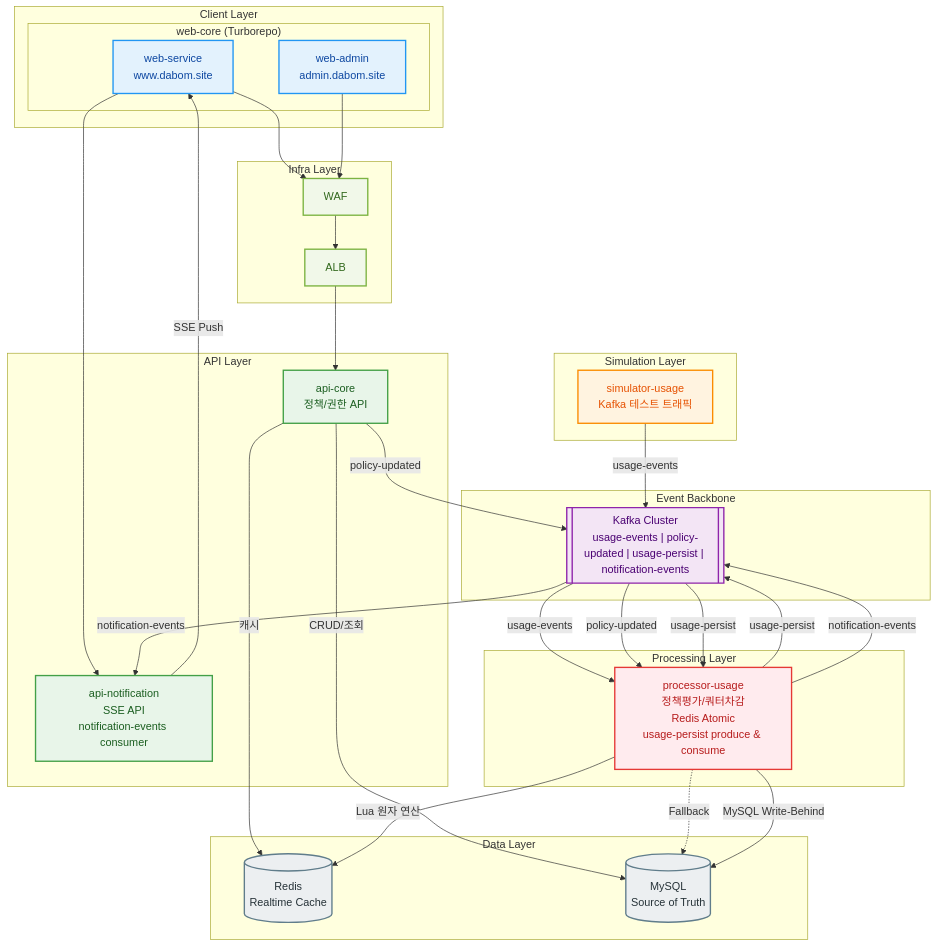
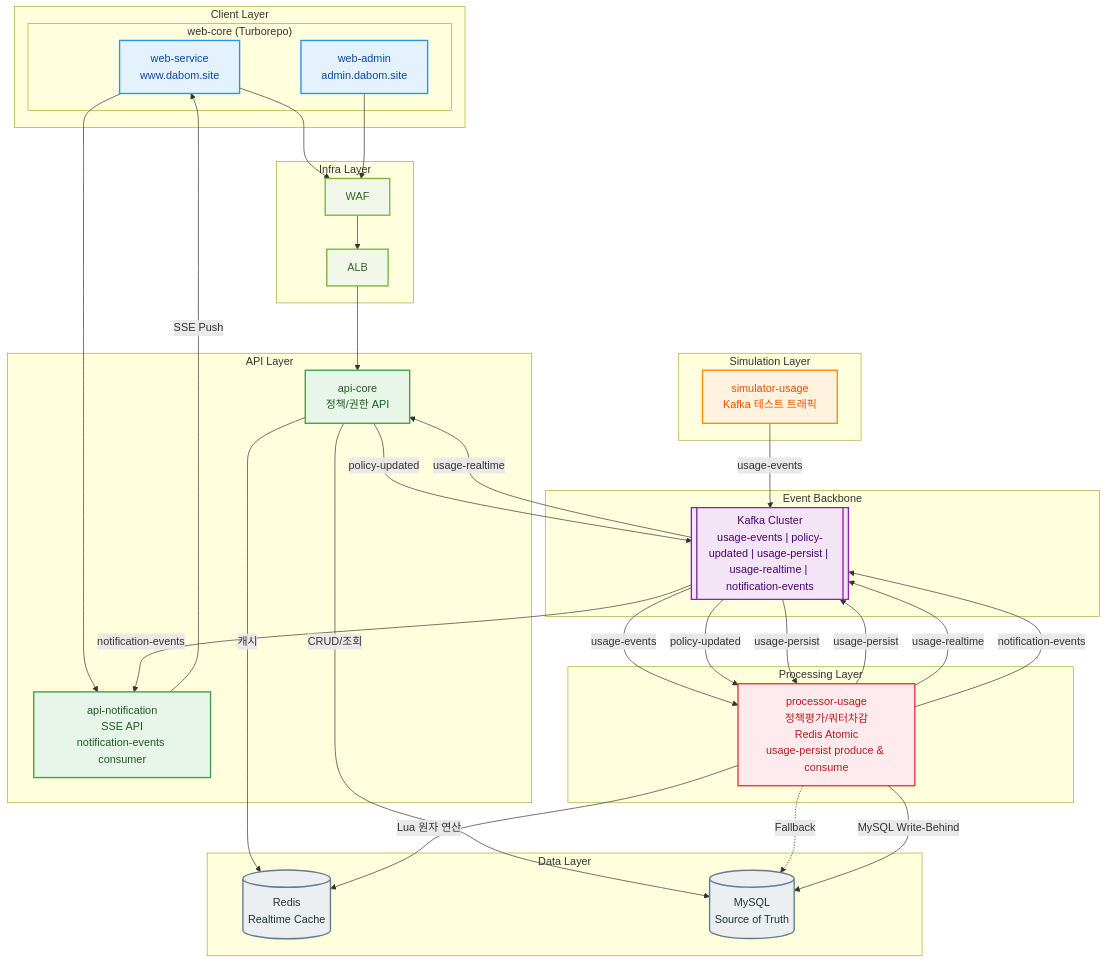
The second of 12 diagrams in profile/README.md (da-bom/.github), drawn with Mermaid before and after one commit. The commit also changed other lines of this file, not shown here.

````diff
--- a/profile/README.md
+++ b/profile/README.md
@@ -360,73 +382,76 @@
 ```mermaid
 flowchart TB
     classDef client fill:#E3F2FD,stroke:#2196F3,stroke-width:2px,color:#0D47A1
     classDef sim fill:#FFF3E0,stroke:#FB8C00,stroke-width:2px,color:#E65100
     classDef api fill:#E8F5E9,stroke:#43A047,stroke-width:2px,color:#1B5E20
     classDef event fill:#F3E5F5,stroke:#8E24AA,stroke-width:2px,color:#4A0072
     classDef proc fill:#FFEBEE,stroke:#E53935,stroke-width:2px,color:#B71C1C
     classDef data fill:#ECEFF1,stroke:#607D8B,stroke-width:2px,color:#263238
     classDef infra fill:#F1F8E9,stroke:#7CB342,stroke-width:2px,color:#33691E
 
     subgraph CLIENT["Client Layer"]
         subgraph WC["web-core (Turborepo)"]
             WS["web-service<br/>www.dabom.site"]
             WA["web-admin<br/>admin.dabom.site"]
         end
         class WS,WA client
     end
 
     subgraph SIM["Simulation Layer"]
         TG["simulator-usage<br/>Kafka 테스트 트래픽"]
         class TG sim
     end
 
     subgraph API["API Layer"]
         AC["api-core<br/>정책/권한 API"]
         AN["api-notification<br/>SSE API<br/>notification-events consumer"]
         class AC,AN api
     end
 
     subgraph EVENT["Event Backbone"]
-        KF[["Kafka Cluster<br/>usage-events | policy-updated | usage-persist | notification-events"]]
+        KF[["Kafka Cluster<br/>usage-events | policy-updated | usage-persist | usage-realtime | notification-events"]]
         class KF event
     end
 
     subgraph PROC["Processing Layer"]
         UP["processor-usage<br/>정책평가/쿼터차감<br/>Redis Atomic<br/>usage-persist produce & consume"]
         class UP proc
     end
 
     subgraph DATA["Data Layer"]
         RD[("Redis<br/>Realtime Cache")]
         DB[("MySQL<br/>Source of Truth")]
         class RD,DB data
     end
 
     subgraph INFRA["Infra Layer"]
         WAF["WAF"]
         ALB["ALB"]
         class WAF,ALB infra
     end
 
     TG -->|usage-events| KF
     WS --> WAF --> ALB --> AC
     WA --> WAF
     WS --> AN
 
     AC -->|CRUD/조회| DB
     AC -->|캐시| RD
     AC -->|policy-updated| KF
 
     KF -->|usage-events| UP
     KF -->|policy-updated| UP
 
     UP -->|Lua 원자 연산| RD
     UP -.->|Fallback| DB
     UP -->|usage-persist| KF
     KF -->|usage-persist| UP
     UP -->|MySQL Write-Behind| DB
 
+    UP -->|usage-realtime| KF
+    KF -->|usage-realtime| AC
+
     UP -->|notification-events| KF
     KF -->|notification-events| AN
     AN -->|SSE Push| WS
 ```
````
